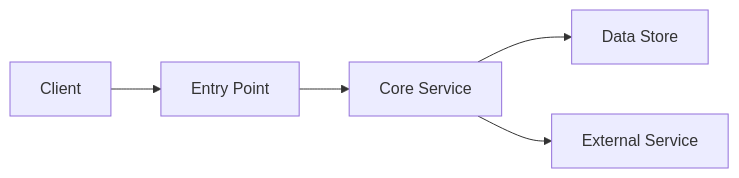
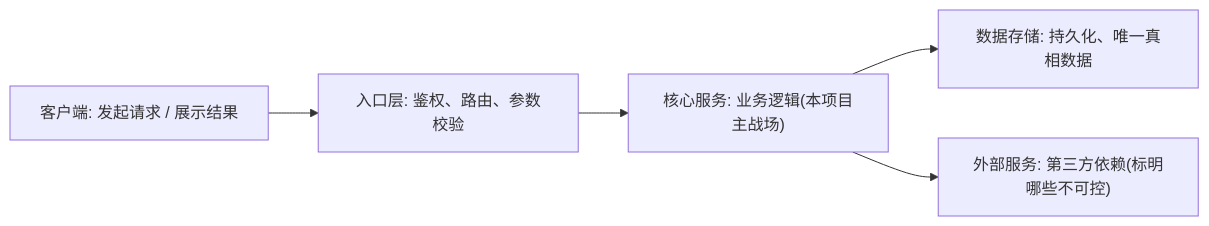
The first of 3 diagrams in templates/architecture/架构图.md (2270525352/Agent-Plan), drawn with Mermaid before and after one commit. The commit also changed other lines of this file and 32 other files, not shown here.

````diff
--- a/templates/architecture/架构图.md
+++ b/templates/architecture/架构图.md
@@ -5,7 +14,7 @@
 ```mermaid
 flowchart LR
-  Client["Client"] --> Entry["Entry Point"]
-  Entry --> Core["Core Service"]
-  Core --> Store["Data Store"]
-  Core --> External["External Service"]
+  Client["客户端: 发起请求 / 展示结果"] --> Entry["入口层: 鉴权、路由、参数校验"]
+  Entry --> Core["核心服务: 业务逻辑(本项目主战场)"]
+  Core --> Store["数据存储: 持久化、唯一真相数据"]
+  Core --> External["外部服务: 第三方依赖(标明哪些不可控)"]
 ```
````
